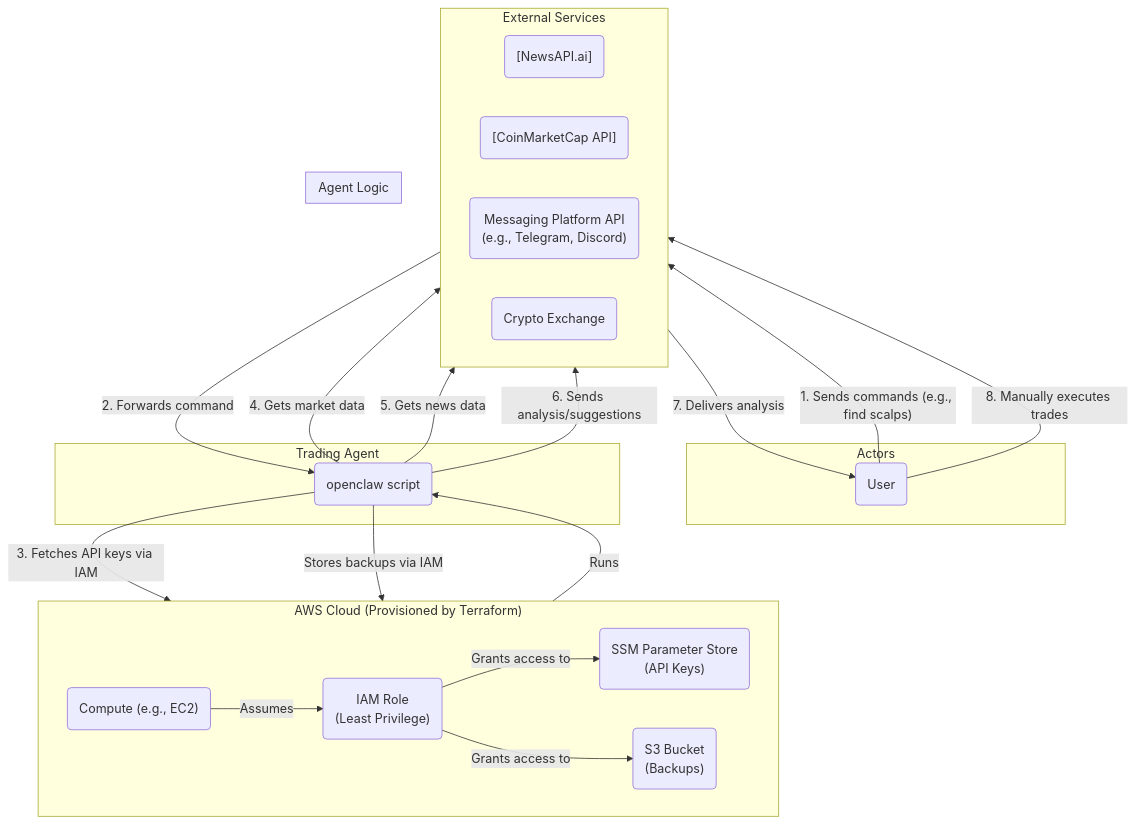
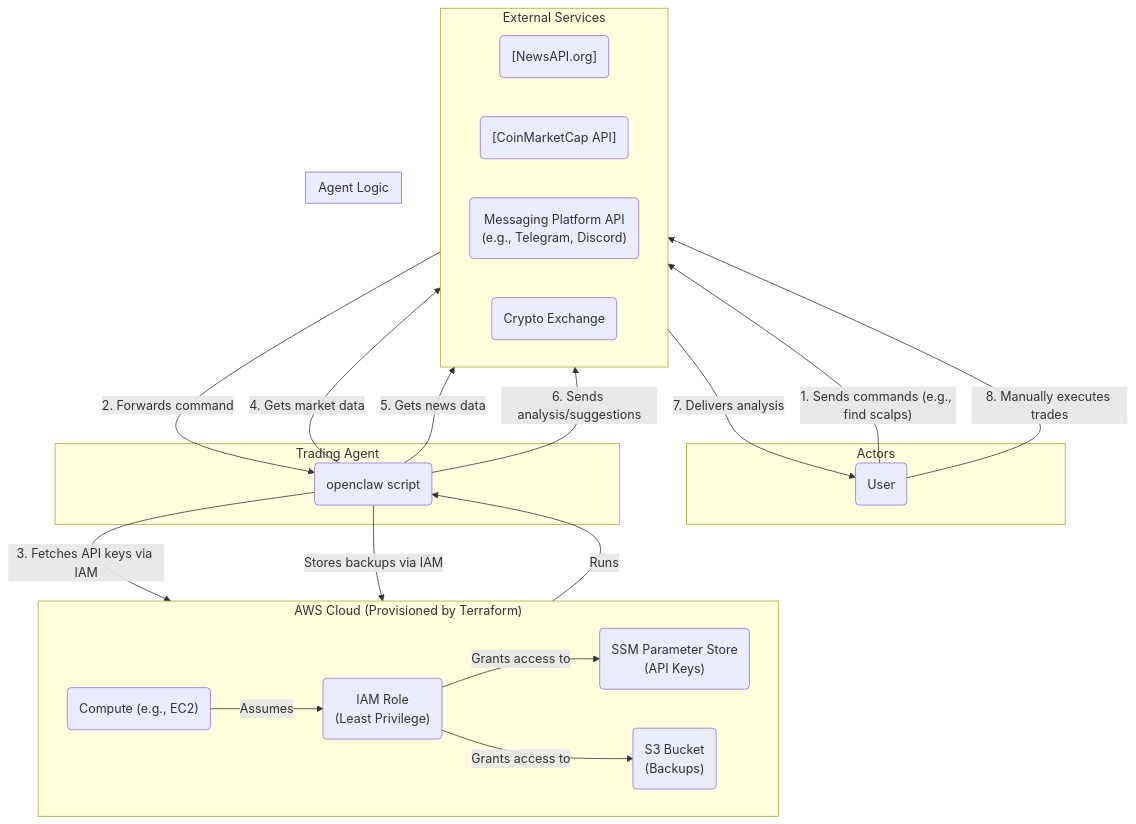
Before and after one commit to beistroff/crypto_analytic: the diagram in README.md, drawn with Mermaid. The commit also changed other lines of this file and 1 other file, not shown here.

````diff
--- a/README.md
+++ b/README.md
@@ -9,44 +9,44 @@
 ```mermaid
 graph TD
     subgraph "Actors"
         User("User")
     end
 
     subgraph "AWS Cloud (Provisioned by Terraform)"
         direction LR
         IAM("IAM Role\n(Least Privilege)")
         Compute("Compute (e.g., EC2)") -- "Assumes" --> IAM
         SSM("SSM Parameter Store\n(API Keys)")
         S3("S3 Bucket\n(Backups)")
         IAM -- "Grants access to" --> SSM & S3
     end
 
     subgraph "External Services"
         direction LR
-        NewsAPI("[NewsAPI.ai]")
+        NewsAPI("[NewsAPI.org]")
         CoinMarketCap("[CoinMarketCap API]")
         MessagingPlatform("Messaging Platform API\n(e.g., Telegram, Discord)")
         CryptoExchange("Crypto Exchange")
     end
 
     subgraph "Trading Agent"
         OpenClaw("openclaw script")
     end
 
     %% Define interactions
     User -- "1. Sends commands (e.g., find scalps)" --> MessagingPlatform
     MessagingPlatform -- "2. Forwards command" --> OpenClaw    
     Compute -- "Runs" --> OpenClaw
 
     subgraph "Agent Logic"
         direction TB
         OpenClaw -- "3. Fetches API keys via IAM" --> SSM
         OpenClaw -- "4. Gets market data" --> CoinMarketCap
         OpenClaw -- "5. Gets news data" --> NewsAPI
         OpenClaw -- "6. Sends analysis/suggestions" --> MessagingPlatform
         OpenClaw -- "Stores backups via IAM" --> S3
     end
 
     MessagingPlatform -- "7. Delivers analysis" --> User
     User -- "8. Manually executes trades" --> CryptoExchange
 ```
````
